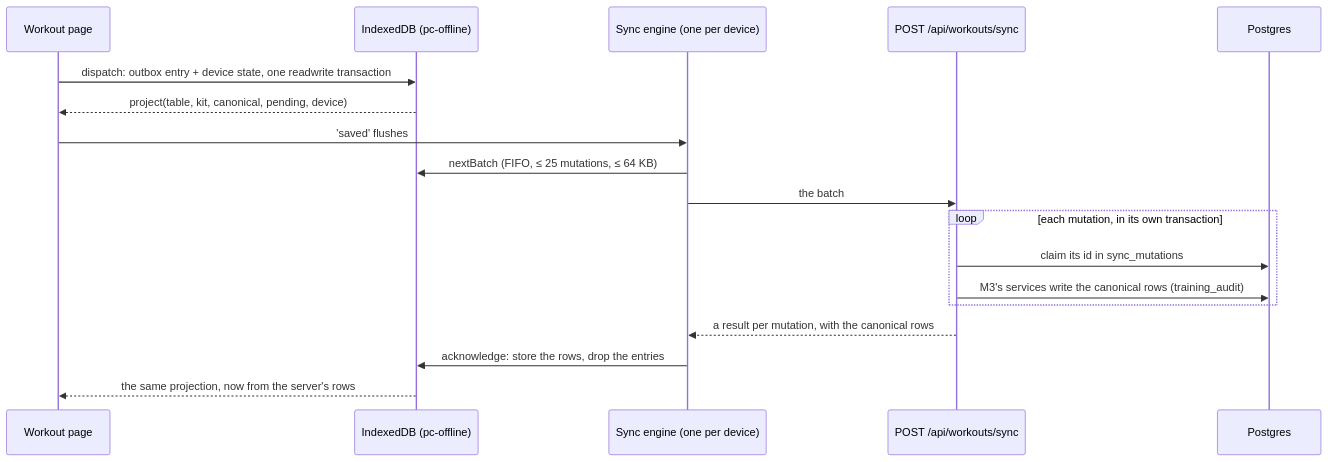
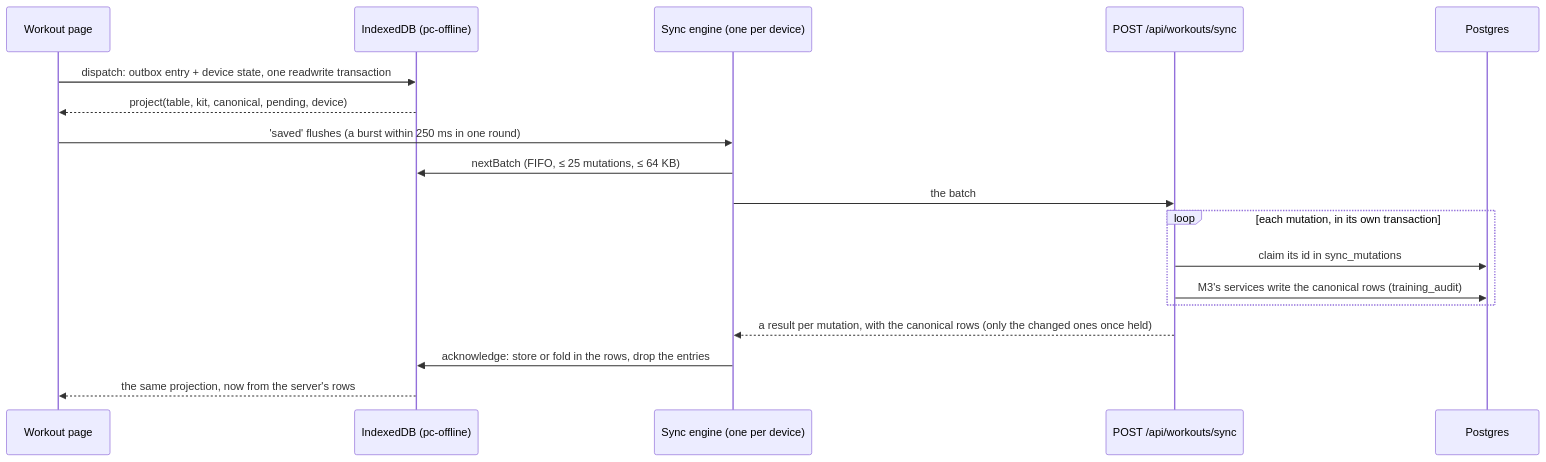
The third of 3 diagrams in docs/architecture.md (TheCruzControll/performance-coach), drawn with Mermaid before and after one commit. The commit also changed 16 other files, not shown here.

````diff
--- a/docs/architecture.md
+++ b/docs/architecture.md
@@ -463,20 +463,20 @@
 ```mermaid
 sequenceDiagram
   participant Page as Workout page
   participant IDB as IndexedDB (pc-offline)
   participant Engine as Sync engine (one per device)
   participant API as POST /api/workouts/sync
   participant PG as Postgres
   Page->>IDB: dispatch: outbox entry + device state, one readwrite transaction
   IDB-->>Page: project(table, kit, canonical, pending, device)
-  Page->>Engine: 'saved' flushes
+  Page->>Engine: 'saved' flushes (a burst within 250 ms in one round)
   Engine->>IDB: nextBatch (FIFO, ≤ 25 mutations, ≤ 64 KB)
   Engine->>API: the batch
   loop each mutation, in its own transaction
     API->>PG: claim its id in sync_mutations
     API->>PG: M3's services write the canonical rows (training_audit)
   end
-  API-->>Engine: a result per mutation, with the canonical rows
-  Engine->>IDB: acknowledge: store the rows, drop the entries
+  API-->>Engine: a result per mutation, with the canonical rows (only the changed ones once held)
+  Engine->>IDB: acknowledge: store or fold in the rows, drop the entries
   IDB-->>Page: the same projection, now from the server's rows
 ```
````
